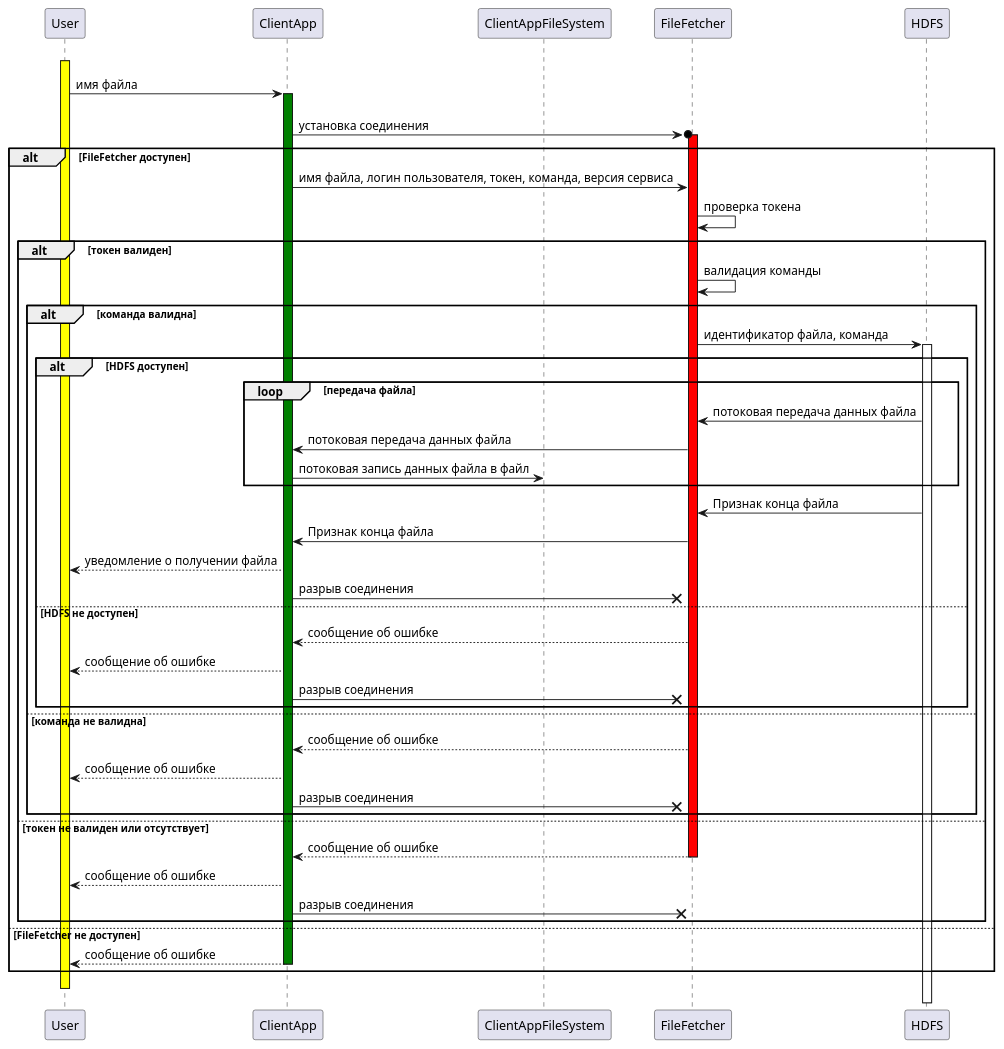
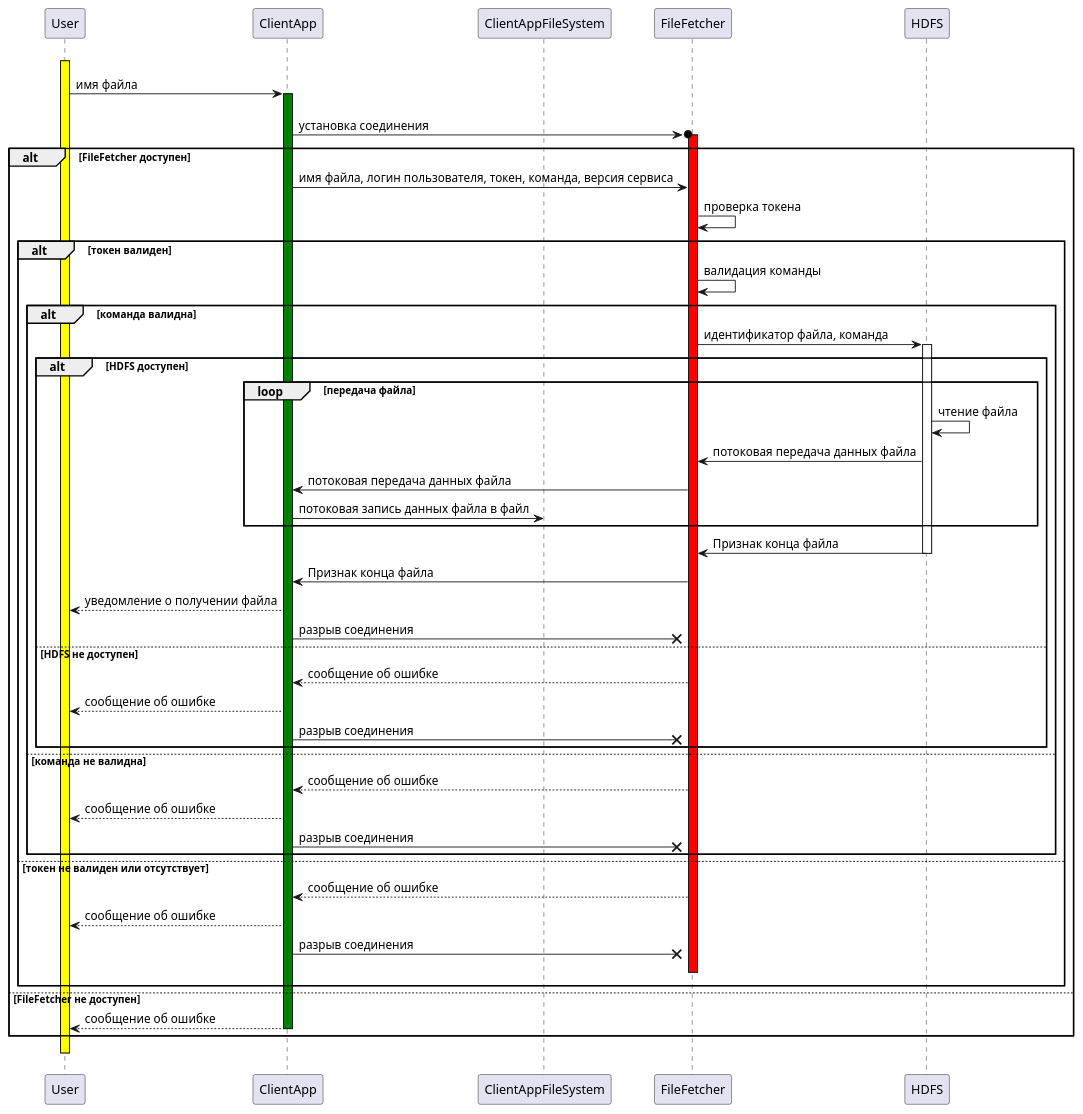
One commit to sberdyshev/java-file-handling changed the diagram in docs/uml/sequence diagrams/fetchFileSequenceDiagram.puml. Above: the diagram before and after it, drawn with PlantUML. The commit also changed 5 other files, not shown here.

Commit message:
Fixed diagrams

```diff
--- a/docs/uml/sequence diagrams/fetchFileSequenceDiagram.puml
+++ b/docs/uml/sequence diagrams/fetchFileSequenceDiagram.puml
@@ -1,45 +1,47 @@
 @startuml
 
 User -[hidden]-> User ++ #yellow
 User -> ClientApp ++ #green: имя файла
 ClientApp -[hidden]-> ClientAppFileSystem
 ClientApp ->o FileFetcher ++ #red: установка соединения
 
 alt FileFetcher доступен
   ClientApp -> FileFetcher: имя файла, логин пользователя, токен, команда, версия сервиса
   FileFetcher -> FileFetcher: проверка токена
     alt токен валиден
       FileFetcher -> FileFetcher: валидация команды
       alt команда валидна
           FileFetcher -> HDFS ++ #white: идентификатор файла, команда
           alt HDFS доступен
             loop передача файла
+              HDFS -> HDFS: чтение файла
               HDFS -> FileFetcher: потоковая передача данных файла
               FileFetcher -> ClientApp: потоковая передача данных файла
               ClientApp -> ClientAppFileSystem: потоковая запись данных файла в файл
             end loop
-            HDFS -> FileFetcher: Признак конца файла
+            HDFS -> FileFetcher -- #white: Признак конца файла
             FileFetcher -> ClientApp: Признак конца файла
             ClientApp --> User: уведомление о получении файла
             ClientApp ->x FileFetcher: разрыв соединения
           else HDFS не доступен
             FileFetcher --> ClientApp: сообщение об ошибке
             ClientApp --> User: сообщение об ошибке
             ClientApp ->x FileFetcher: разрыв соединения
           end
       else команда не валидна
         FileFetcher --> ClientApp: сообщение об ошибке
         ClientApp --> User: сообщение об ошибке
         ClientApp ->x FileFetcher: разрыв соединения
       end
     else токен не валиден или отсутствует
-      FileFetcher --> ClientApp -- #white: сообщение об ошибке
+      FileFetcher --> ClientApp: сообщение об ошибке
       ClientApp --> User: сообщение об ошибке
       ClientApp ->x FileFetcher: разрыв соединения
+      FileFetcher -[hidden]-> FileFetcher -- #red
     end
 else FileFetcher не доступен
   ClientApp --> User -- #green: сообщение об ошибке
 end
 User -[hidden]-> User -- #yellow
 
 @enduml
```
